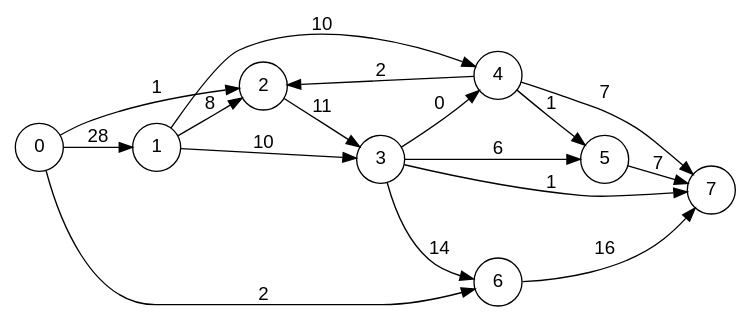
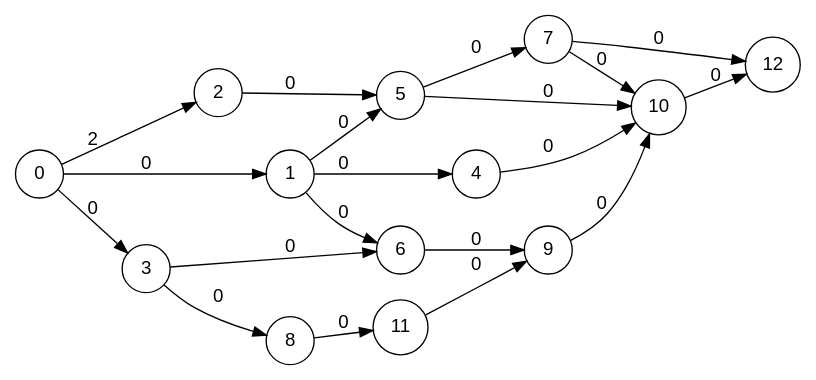
One commit to st4rhub/ProgFonct changed the diagram in outfile.dot. Above: the diagram before and after it, drawn with Graphviz. The commit also changed 2 other files, not shown here.

```diff
--- a/outfile.dot
+++ b/outfile.dot
@@ -1,45 +1,51 @@
 digraph finite_state_machine { 
 
   fontname="Helvetica,Arial,sans-serif" 
 
   node [fontname="Helvetica,Arial,sans-serif"] 
 
   edge [fontname="Helvetica,Arial,sans-serif"] 
 
   rankdir=LR 
 ;
   node [shape = circle]; 
 
- 2 -> 3 [label = "11"]
+ 0 -> 3 [label = "0"]
 
- 1 -> 4 [label = "10"]
+ 0 -> 2 [label = "2"]
 
- 1 -> 3 [label = "10"]
+ 0 -> 1 [label = "0"]
 
- 1 -> 2 [label = "8"]
+ 1 -> 4 [label = "0"]
 
- 5 -> 7 [label = "7"]
+ 1 -> 6 [label = "0"]
 
- 6 -> 7 [label = "16"]
+ 1 -> 5 [label = "0"]
 
- 3 -> 5 [label = "6"]
+ 4 -> 10 [label = "0"]
 
- 3 -> 4 [label = "0"]
+ 2 -> 5 [label = "0"]
 
- 3 -> 7 [label = "1"]
+ 10 -> 12 [label = "0"]
 
- 3 -> 6 [label = "14"]
+ 3 -> 6 [label = "0"]
 
- 0 -> 2 [label = "1"]
+ 3 -> 8 [label = "0"]
 
- 0 -> 1 [label = "28"]
+ 6 -> 9 [label = "0"]
 
- 0 -> 6 [label = "2"]
+ 8 -> 11 [label = "0"]
 
- 4 -> 5 [label = "1"]
+ 11 -> 9 [label = "0"]
 
- 4 -> 7 [label = "7"]
+ 9 -> 10 [label = "0"]
 
- 4 -> 2 [label = "2"]
+ 5 -> 10 [label = "0"]
+
+ 5 -> 7 [label = "0"]
+
+ 7 -> 12 [label = "0"]
+
+ 7 -> 10 [label = "0"]
 
 }
```
